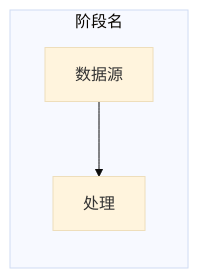
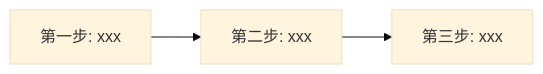
One commit to friendlyhank/claude-code-vibi changed the fourth of 4 diagrams in .claude/commands/architecture-analysis.md. Above: the diagram before and after it, drawn with Mermaid (base theme). The commit also changed other lines of this file and 4 other files, not shown here.

````diff
--- a/.claude/commands/architecture-analysis.md
+++ b/.claude/commands/architecture-analysis.md
@@ -136,6 +275,5 @@
 ```mermaid
-flowchart LR
-    subgraph "阶段名"
-        A[数据源] --> B[处理]
-    end
+graph LR
+    A[第一步: xxx] --> B[第二步: xxx]
+    B --> C[第三步: xxx]
 ```
````
